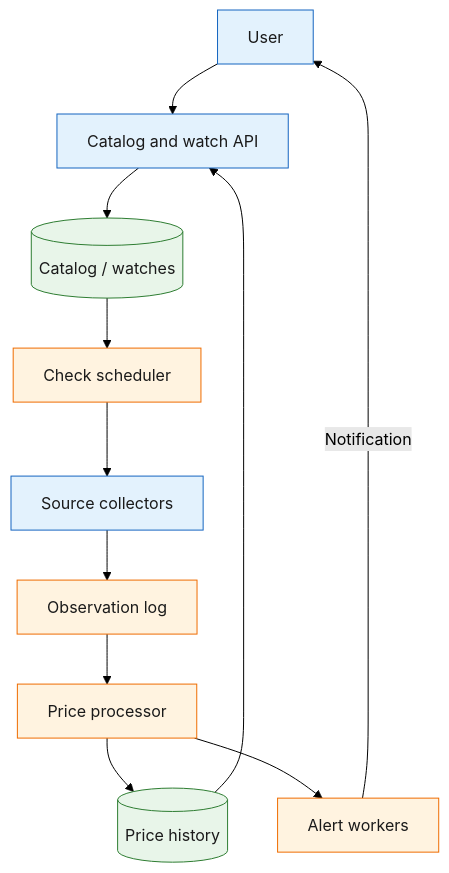
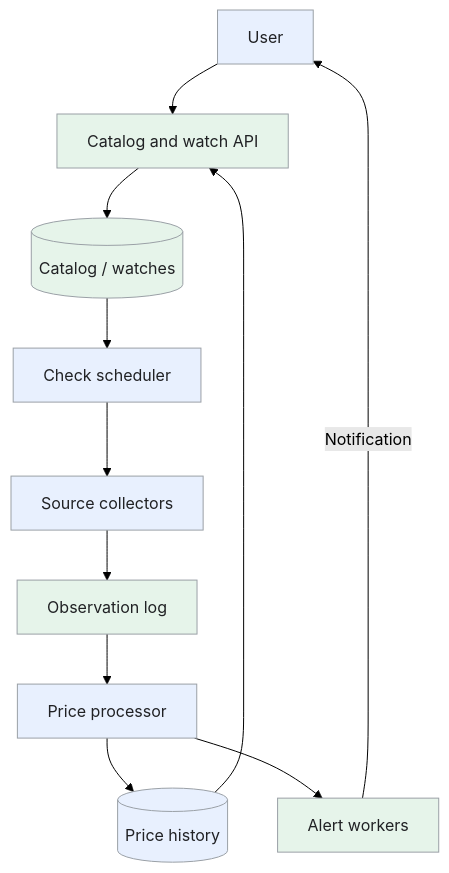
Before and after one commit to iliazlobin/iliazlobin.github.io: the first of 3 diagrams in _designs/system-design-camelcamelcamel.md, drawn with Mermaid (forest theme). The commit also changed other lines of this file and 20 other files, not shown here.

Commit message:
Improve design flows, tradeoffs, and technology references

````diff
--- a/_designs/system-design-camelcamelcamel.md
+++ b/_designs/system-design-camelcamelcamel.md
@@ -145,19 +145,18 @@
 ```mermaid
 flowchart TB
   U[User] --> API[Catalog and watch API]
   API --> DB[(Catalog / watches)]
   DB --> S[Check scheduler]
   S --> C[Source collectors]
   C --> Q[Observation log]
   Q --> P[Price processor]
   P --> H[(Price history)]
   P --> A[Alert workers]
   H --> API
   A -->|Notification| U
-  classDef svc fill:#E3F2FD,stroke:#1565C0,color:#1A1A1A
-  classDef store fill:#E8F5E9,stroke:#2E7D32,color:#1A1A1A
-  classDef async fill:#FFF3E0,stroke:#EF6C00,color:#1A1A1A
-  class U,API,C svc
-  class DB,H store
-  class S,Q,P,A async
+  classDef request fill:#e8f0fe,stroke:#9aa0a6,color:#202124,stroke-width:1px
+  classDef background fill:#e6f4ea,stroke:#9aa0a6,color:#202124,stroke-width:1px
+  classDef control fill:#fef7e0,stroke:#9aa0a6,color:#202124,stroke-width:1px
+  class U,S,C,P,H request
+  class API,DB,Q,A background
 ```
````
